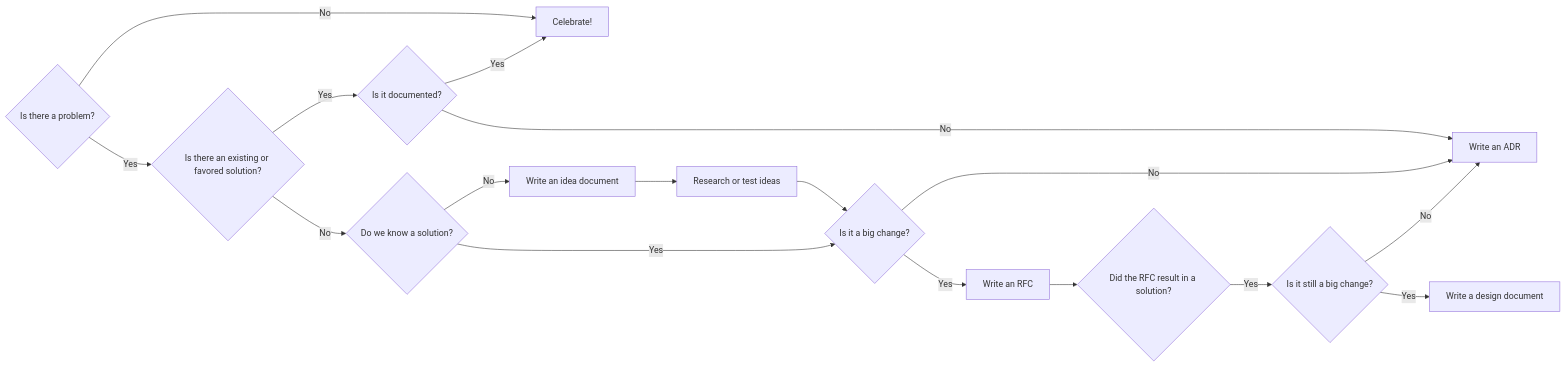
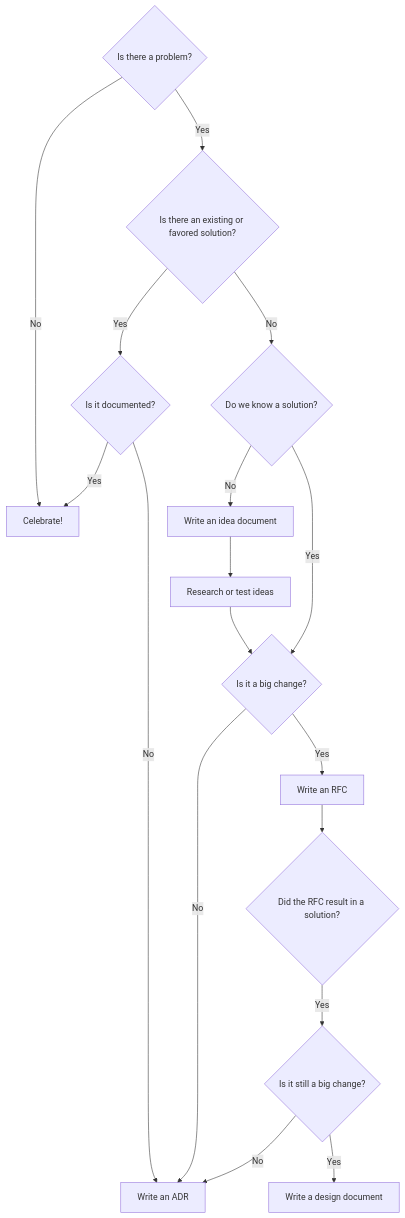
One commit to f1337/f1337.github.io changed the diagram in flowchart.md. Above: the diagram before and after it, drawn with Mermaid. The commit also changed other lines of this file, not shown here.

Commit message:
flowchart.md updated from https://stackedit.io/

````diff
--- a/flowchart.md
+++ b/flowchart.md
@@ -3,19 +3,19 @@
 ```mermaid
-graph LR
+graph TD
 A{Is there a problem?} -- No --> B[Celebrate!]
 A -- Yes --> C{Is there an existing or favored solution?}
 C -- Yes --> D{Is it documented?}
 D -- Yes --> B
 C -- No --> E{Do we know a solution?}
 E -- No --> F[Write an idea document]
 F --> G[Research or test ideas]
 G --> H{Is it a big change?}
 E -- Yes --> H
 H -- No --> I[Write an ADR]
 D -- No --> I
 H -- Yes --> J[Write an RFC]
 J --> K{Did the RFC result in a solution?}
 K -- Yes --> L{Is it still a big change?}
 L -- No --> I
 L -- Yes --> M[Write a design document]
 ```
````
